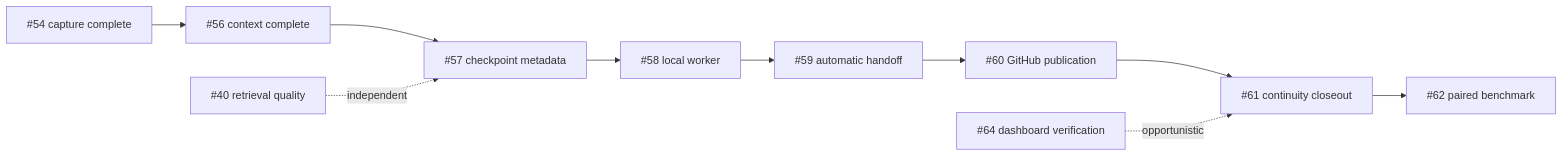
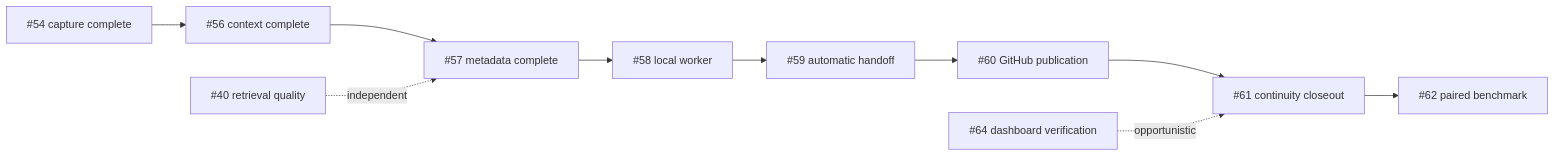
One commit to vib28/ai-memory-hub changed the diagram in docs/issue-priority-order.md. Above: the diagram before and after it, drawn with Mermaid. The commit also changed other lines of this file and 3 other files, not shown here.

Commit message:
Advance continuity priority after checkpoint metadata

````diff
--- a/docs/issue-priority-order.md
+++ b/docs/issue-priority-order.md
@@ -9,12 +9,12 @@
 ```mermaid
 flowchart LR
     P["#54 capture complete"] --> A["#56 context complete"]
-    A --> B["#57 checkpoint metadata"]
+    A --> B["#57 metadata complete"]
     B --> C["#58 local worker"]
     C --> D["#59 automatic handoff"]
     D --> E["#60 GitHub publication"]
     E --> F["#61 continuity closeout"]
     F --> G["#62 paired benchmark"]
     I["#40 retrieval quality"] -. independent .-> B
     J["#64 dashboard verification"] -. opportunistic .-> F
 ```
````
